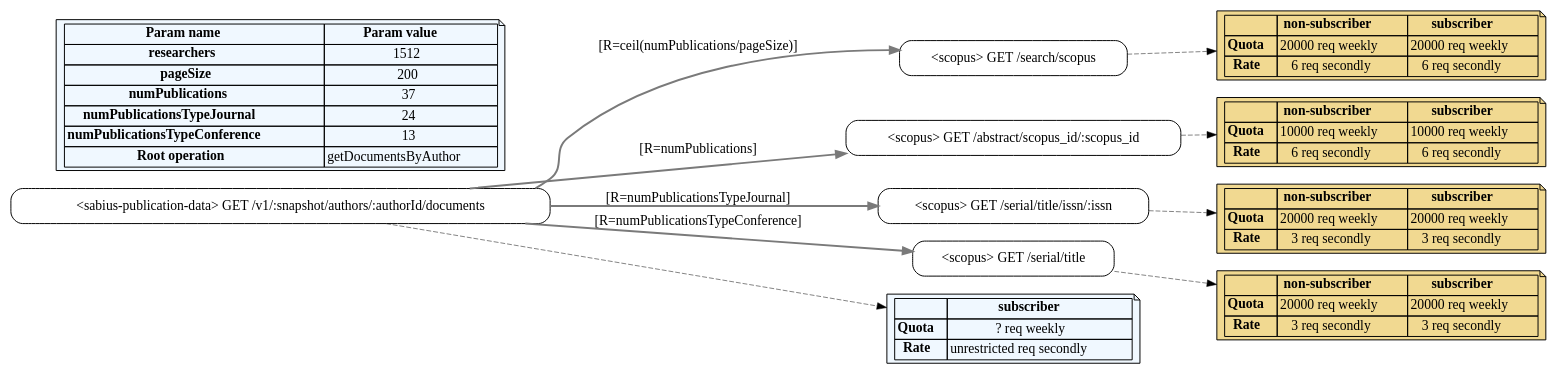
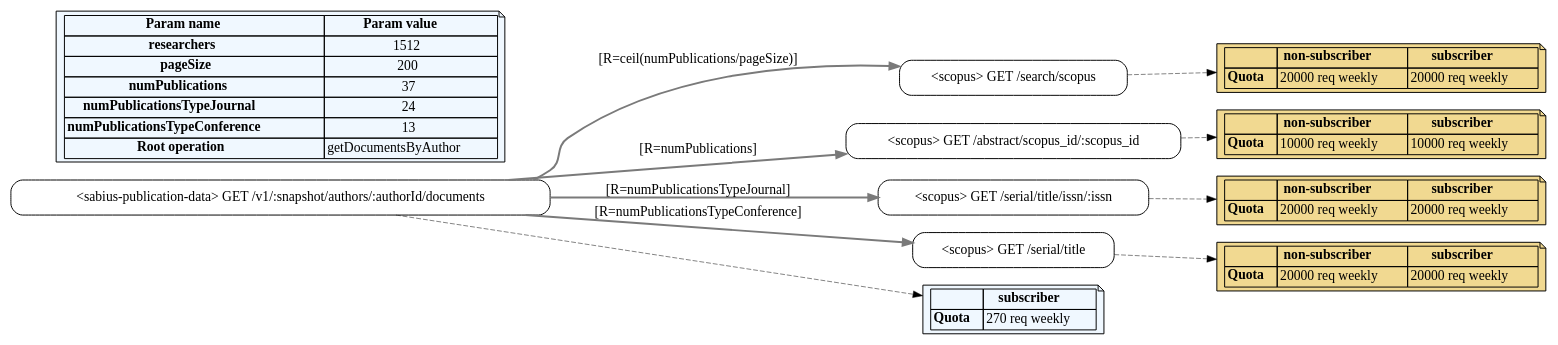
Before and after one commit to isa-group/governify-electra: the diagram in src/backend/output/mapping-simple/mapping-simple.dot, drawn with Graphviz. The commit also changed 21 other files, not shown here.

```diff
--- a/src/backend/output/mapping-simple/mapping-simple.dot
+++ b/src/backend/output/mapping-simple/mapping-simple.dot
@@ -1,153 +1,134 @@
 digraph restalk { 
 
  rankdir=LR;
 
 
 
 subgraph "scopus" {
 node [shape=box]
 node [ style=rounded, shape=box, label = "<scopus> GET /search/scopus" ] "ScopusSearch"
 limits_ScopusSearch [shape=note, style=filled, fillcolor="#F1D991" label=<
 <table border="0" cellborder="1" cellpadding="2" cellspacing="0">
 <tr>
 <td></td>
 <td><b>non-subscriber</b></td>
 <td><b>subscriber</b></td>
 </tr>
 <tr>
 <td><b>Quota</b></td>
 <td>20000 req weekly</td>
 <td>20000 req weekly</td>
 </tr>
-<tr>
-<td><b>Rate</b></td>
-<td>6 req secondly</td>
-<td>6 req secondly</td>
-</tr>
+
 </table>
 >];
 ScopusSearch -> limits_ScopusSearch[ style=dashed, color=black, penwidth=0.5 ];
 node [ style=rounded, shape=box, label = "<scopus> GET /abstract/scopus_id/:scopus_id" ] "AbstractRetrieval4"
 limits_AbstractRetrieval4 [shape=note, style=filled, fillcolor="#F1D991" label=<
 <table border="0" cellborder="1" cellpadding="2" cellspacing="0">
 <tr>
 <td></td>
 <td><b>non-subscriber</b></td>
 <td><b>subscriber</b></td>
 </tr>
 <tr>
 <td><b>Quota</b></td>
 <td>10000 req weekly</td>
 <td>10000 req weekly</td>
 </tr>
-<tr>
-<td><b>Rate</b></td>
-<td>6 req secondly</td>
-<td>6 req secondly</td>
-</tr>
+
 </table>
 >];
 AbstractRetrieval4 -> limits_AbstractRetrieval4[ style=dashed, color=black, penwidth=0.5 ];
 node [ style=rounded, shape=box, label = "<scopus> GET /serial/title/issn/:issn" ] "SerialTitleMetadata"
 limits_SerialTitleMetadata [shape=note, style=filled, fillcolor="#F1D991" label=<
 <table border="0" cellborder="1" cellpadding="2" cellspacing="0">
 <tr>
 <td></td>
 <td><b>non-subscriber</b></td>
 <td><b>subscriber</b></td>
 </tr>
 <tr>
 <td><b>Quota</b></td>
 <td>20000 req weekly</td>
 <td>20000 req weekly</td>
 </tr>
-<tr>
-<td><b>Rate</b></td>
-<td>3 req secondly</td>
-<td>3 req secondly</td>
-</tr>
+
 </table>
 >];
 SerialTitleMetadata -> limits_SerialTitleMetadata[ style=dashed, color=black, penwidth=0.5 ];
 node [ style=rounded, shape=box, label = "<scopus> GET /serial/title" ] "SerialTitleSearch"
 limits_SerialTitleSearch [shape=note, style=filled, fillcolor="#F1D991" label=<
 <table border="0" cellborder="1" cellpadding="2" cellspacing="0">
 <tr>
 <td></td>
 <td><b>non-subscriber</b></td>
 <td><b>subscriber</b></td>
 </tr>
 <tr>
 <td><b>Quota</b></td>
 <td>20000 req weekly</td>
 <td>20000 req weekly</td>
 </tr>
-<tr>
-<td><b>Rate</b></td>
-<td>3 req secondly</td>
-<td>3 req secondly</td>
-</tr>
+
 </table>
 >];
 SerialTitleSearch -> limits_SerialTitleSearch[ style=dashed, color=black, penwidth=0.5 ];
 }
 
 
 
 subgraph "sabius-publication-data" {
 node [shape=box]
 node [ style=rounded, shape=box, label = "<sabius-publication-data> GET /v1/:snapshot/authors/:authorId/documents" ] "getDocumentsByAuthor"
 limits_getDocumentsByAuthor [shape=note, style=filled, fillcolor="#F0F8FF" label=<
 <table border="0" cellborder="1" cellpadding="2" cellspacing="0">
 <tr>
 <td></td>
 <td><b>subscriber</b></td>
 </tr>
 <tr>
 <td><b>Quota</b></td>
-<td>? req weekly</td>
+<td>270 req weekly</td>
 </tr>
-<tr>
-<td><b>Rate</b></td>
-<td>unrestricted req secondly</td>
-</tr>
+
 </table>
 >];
 getDocumentsByAuthor -> limits_getDocumentsByAuthor[ style=dashed, color=black, penwidth=0.5 ];
 }
 
 params [shape=note, style=filled, fillcolor="#F0F8FF" label=<
 <table border="0" cellborder="1" cellpadding="2" cellspacing="0">
 <tr>
 <td><b>Param name</b></td><td><b>Param value</b></td>
 </tr>
 <tr>
 <td><b>researchers</b></td>
 <td>1512</td>
 </tr>
 <tr>
 <td><b>pageSize</b></td>
 <td>200</td>
 </tr>
 <tr>
 <td><b>numPublications</b></td>
 <td>37</td>
 </tr>
 <tr>
 <td><b>numPublicationsTypeJournal</b></td>
 <td>24</td>
 </tr>
 <tr>
 <td><b>numPublicationsTypeConference</b></td>
 <td>13</td>
 </tr>
 <tr><td><b>Root operation</b></td><td>getDocumentsByAuthor</td></tr>
 </table>
 >];
 getDocumentsByAuthor -> ScopusSearch [ color="#7a7a7a", penwidth=2.0, label="[R=ceil(numPublications/pageSize)]" ];
 getDocumentsByAuthor -> AbstractRetrieval4 [ color="#7a7a7a", penwidth=2.0, label="[R=numPublications]" ];
 getDocumentsByAuthor -> SerialTitleMetadata [ color="#7a7a7a", penwidth=2.0, label="[R=numPublicationsTypeJournal]" ];
 getDocumentsByAuthor -> SerialTitleSearch [ color="#7a7a7a", penwidth=2.0, label="[R=numPublicationsTypeConference]" ];
 
 
 }
```
